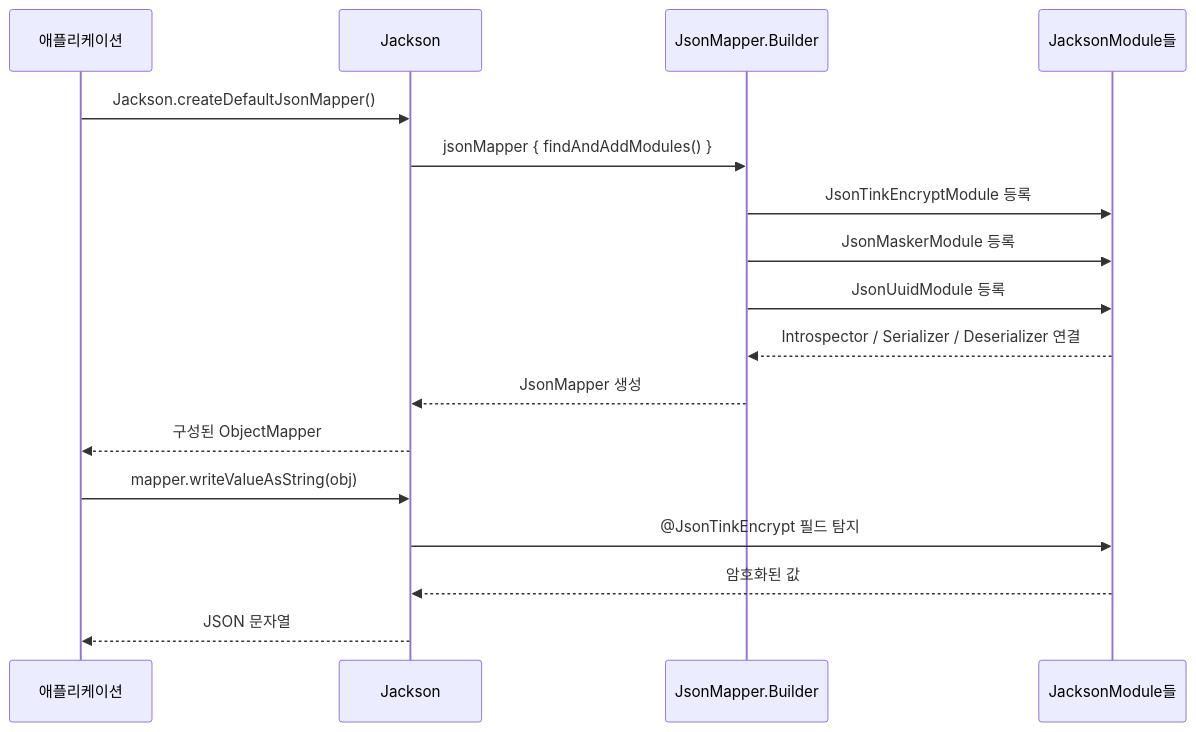
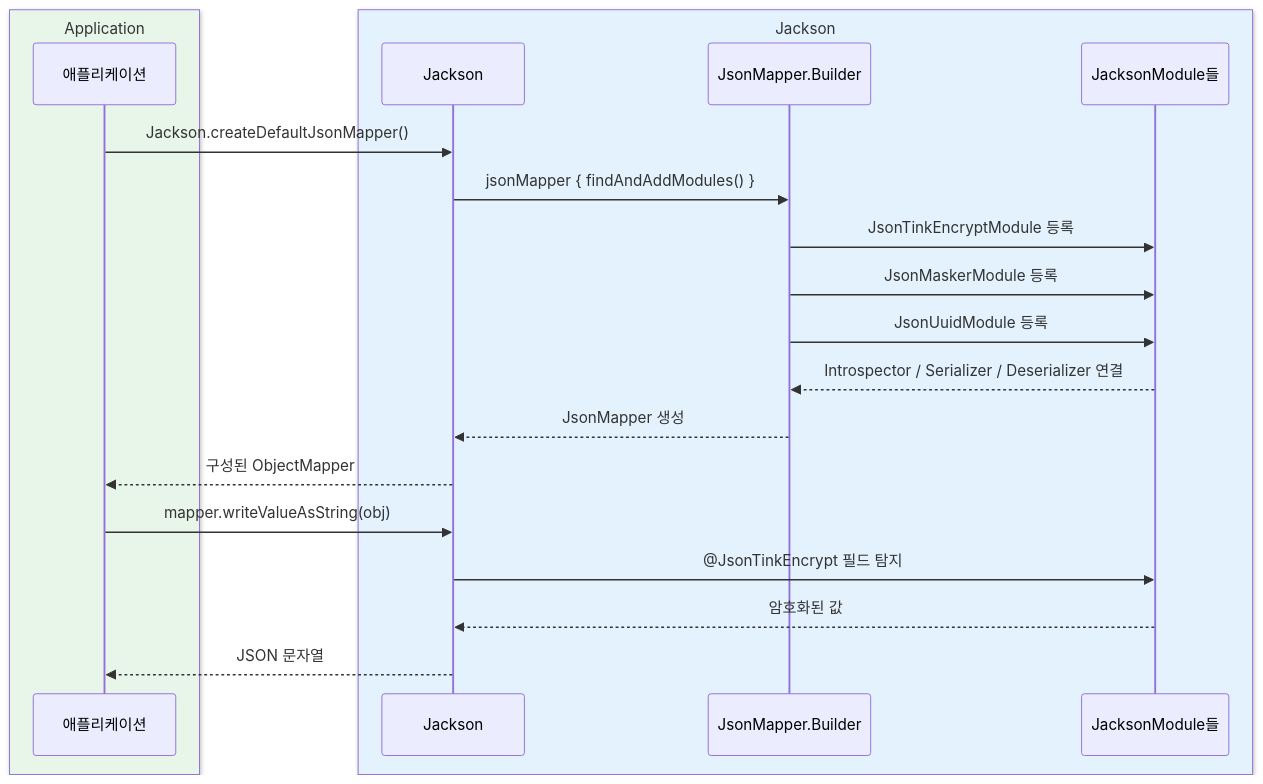
Before and after one commit to bluetape4k/bluetape4k-projects: the third of 3 diagrams in io/jackson3/README.ko.md, drawn with Mermaid. The commit also changed other lines of this file and 221 other files, not shown here.

First line of the commit message:
docs: 전체 모듈 README UML 다이어그램 보강 및 색상 업그레이드

````diff
--- a/io/jackson3/README.ko.md
+++ b/io/jackson3/README.ko.md
@@ -365,21 +376,25 @@
 ```mermaid
 sequenceDiagram
-    participant 앱 as 애플리케이션
-    participant J as Jackson
-    participant M as JsonMapper.Builder
-    participant MOD as JacksonModule들
+    box rgb(232, 245, 233) Application
+        participant 앱 as 애플리케이션
+    end
+    box rgb(227, 242, 253) Jackson
+        participant J as Jackson
+        participant M as JsonMapper.Builder
+        participant MOD as JacksonModule들
+    end
 
     앱->>J: Jackson.createDefaultJsonMapper()
     J->>M: jsonMapper { findAndAddModules() }
     M->>MOD: JsonTinkEncryptModule 등록
     M->>MOD: JsonMaskerModule 등록
     M->>MOD: JsonUuidModule 등록
     MOD-->>M: Introspector / Serializer / Deserializer 연결
     M-->>J: JsonMapper 생성
     J-->>앱: 구성된 ObjectMapper
 
     앱->>J: mapper.writeValueAsString(obj)
     J->>MOD: @JsonTinkEncrypt 필드 탐지
     MOD-->>J: 암호화된 값
     J-->>앱: JSON 문자열
 ```
````
